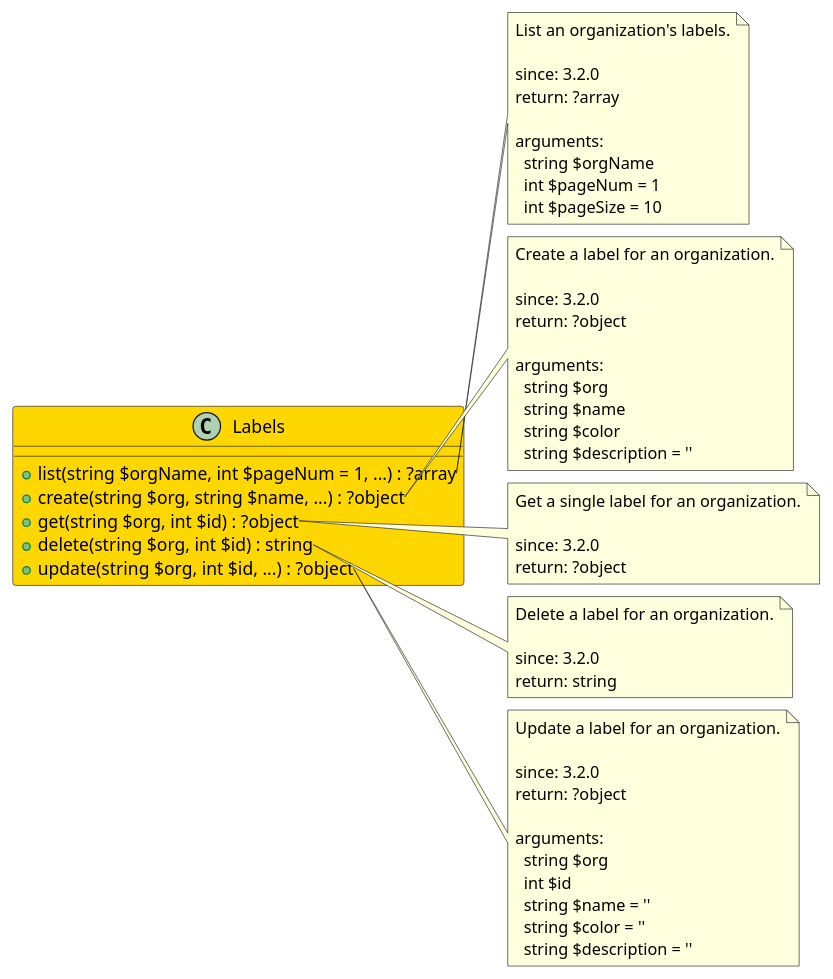
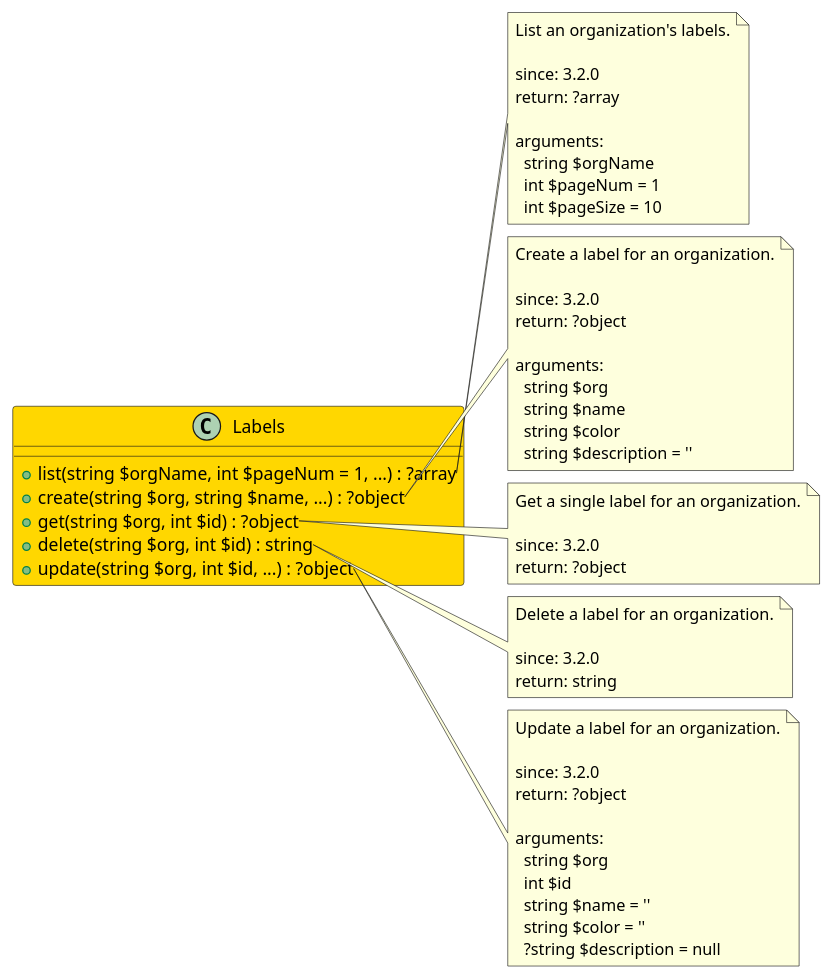
One commit to joomengine/gitea changed the diagram in src/9c9ba4c4-2039-4396-9ea2-621e42e04c89/README.md. Above: the diagram before and after it, drawn with PlantUML. The commit also changed other lines of this file and 370 other files, not shown here.

````diff
--- a/src/9c9ba4c4-2039-4396-9ea2-621e42e04c89/README.md
+++ b/src/9c9ba4c4-2039-4396-9ea2-621e42e04c89/README.md
@@ -6,66 +8,66 @@
 ```uml
 @startuml
 
 class Labels  #Gold {
   + list(string $orgName, int $pageNum = 1, ...) : ?array
   + create(string $org, string $name, ...) : ?object
   + get(string $org, int $id) : ?object
   + delete(string $org, int $id) : string
   + update(string $org, int $id, ...) : ?object
 }
 
 note right of Labels::list
   List an organization's labels.
 
   since: 3.2.0
   return: ?array
   
   arguments:
     string $orgName
     int $pageNum = 1
     int $pageSize = 10
 end note
 
 note right of Labels::create
   Create a label for an organization.
 
   since: 3.2.0
   return: ?object
   
   arguments:
     string $org
     string $name
     string $color
     string $description = ''
 end note
 
 note right of Labels::get
   Get a single label for an organization.
 
   since: 3.2.0
   return: ?object
 end note
 
 note right of Labels::delete
   Delete a label for an organization.
 
   since: 3.2.0
   return: string
 end note
 
 note right of Labels::update
   Update a label for an organization.
 
   since: 3.2.0
   return: ?object
   
   arguments:
     string $org
     int $id
     string $name = ''
     string $color = ''
-    string $description = ''
+    ?string $description = null
 end note
 
 @enduml
 ```
````
